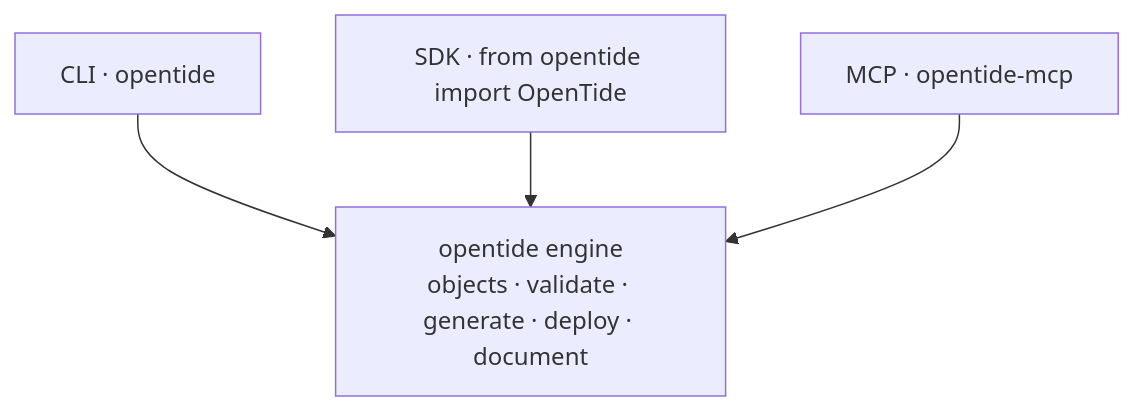
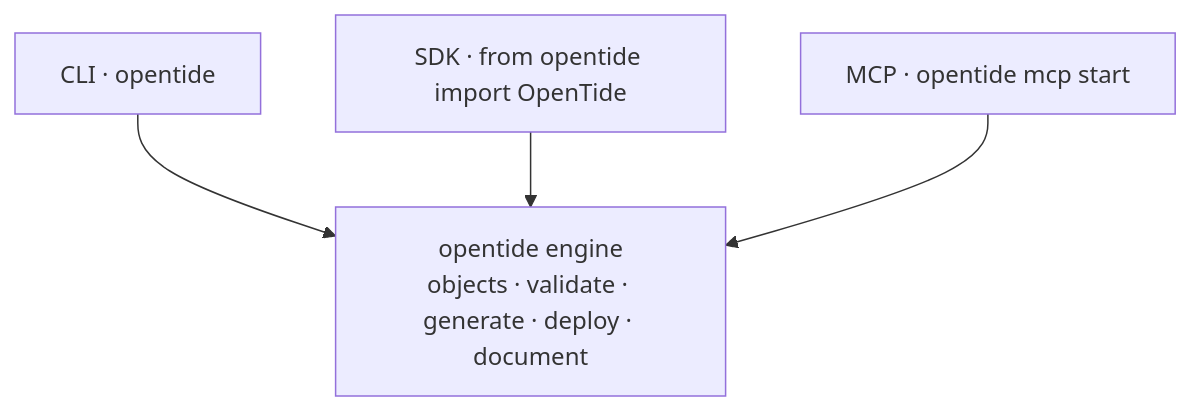
Before and after one commit to opentidehq/website: the diagram in content/docs/usage/choosing-an-interface.mdx, drawn with Mermaid. The commit also changed 13 other files, not shown here.

````diff
--- a/content/docs/usage/choosing-an-interface.mdx
+++ b/content/docs/usage/choosing-an-interface.mdx
@@ -8,7 +8,7 @@
 ```mermaid
 flowchart TD
   engine["opentide engine<br/>objects · validate · generate · deploy · document"]
   cli["CLI · opentide"] --> engine
   sdk["SDK · from opentide import OpenTide"] --> engine
-  mcp["MCP · opentide-mcp"] --> engine
+  mcp["MCP · opentide mcp start"] --> engine
 ```
````
